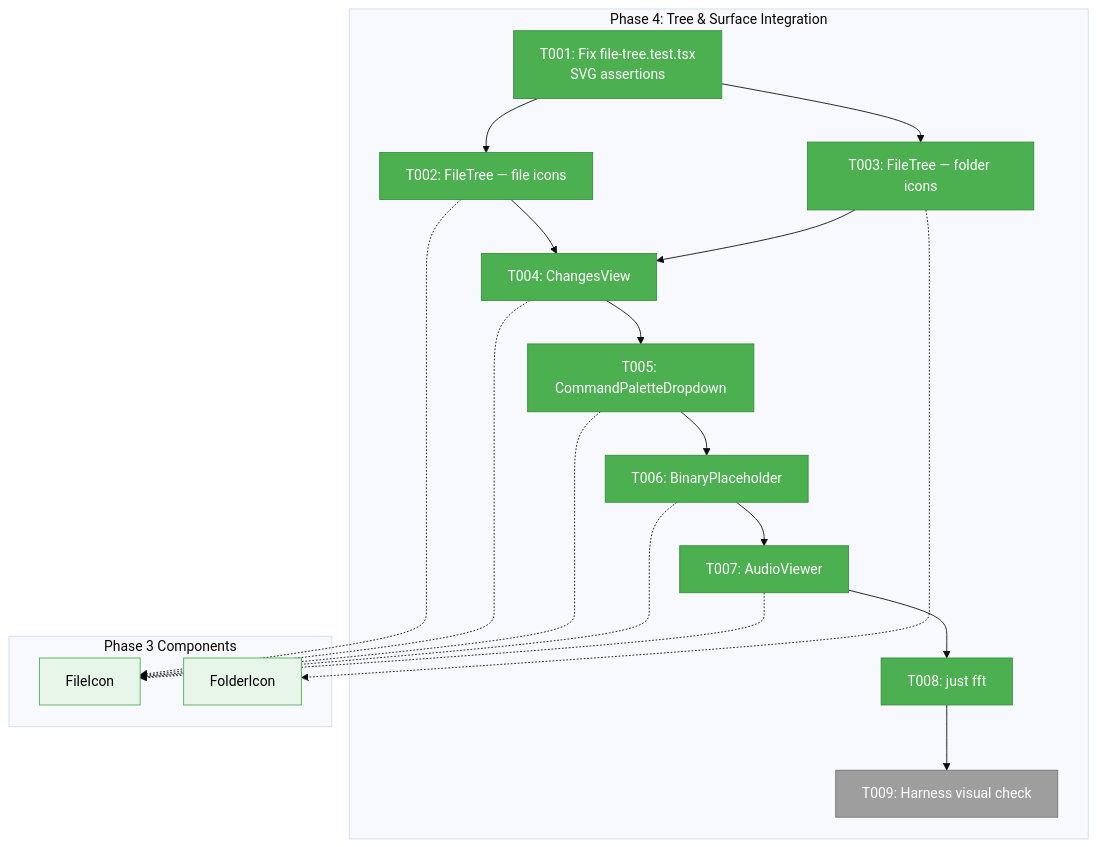
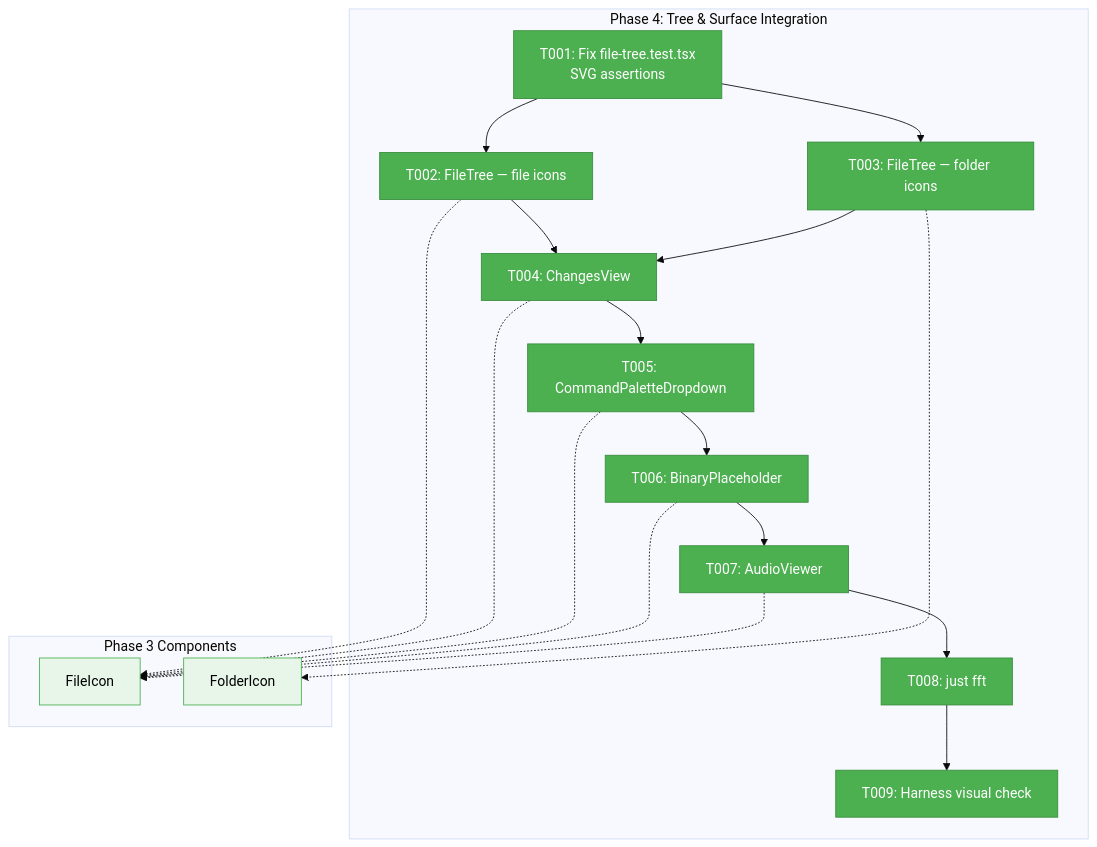
The first of 3 diagrams in docs/plans/073-file-icons/tasks/phase-4-tree-surface-integration/tasks.md (AI-Substrate/chainglass), drawn with Mermaid (base theme) before and after one commit. The commit also changed other lines of this file and 2 other files, not shown here.

Commit message:
Update plan progress: all 5 phases complete, 15/15 ACs met
Mark plan status COMPLETE. Update phase index with status column.
Check all 15 acceptance criteria. Add completion summary with
deliverables, test counts, domain changes, and known limitations.
Close Phase 4 T009 (visual verified in Phase 5 T006).

````diff
--- a/docs/plans/073-file-icons/tasks/phase-4-tree-surface-integration/tasks.md
+++ b/docs/plans/073-file-icons/tasks/phase-4-tree-surface-integration/tasks.md
@@ -59,41 +59,41 @@
 ```mermaid
 flowchart TD
     classDef pending fill:#9E9E9E,stroke:#757575,color:#fff
     classDef existing fill:#E8F5E9,stroke:#4CAF50,color:#000
 
     classDef completed fill:#4CAF50,stroke:#388E3C,color:#fff
 
     subgraph Phase4["Phase 4: Tree & Surface Integration"]
         T001["T001: Fix file-tree.test.tsx<br/>SVG assertions"]:::completed
         T002["T002: FileTree — file icons"]:::completed
         T003["T003: FileTree — folder icons"]:::completed
         T004["T004: ChangesView"]:::completed
         T005["T005: CommandPaletteDropdown"]:::completed
         T006["T006: BinaryPlaceholder"]:::completed
         T007["T007: AudioViewer"]:::completed
         T008["T008: just fft"]:::completed
-        T009["T009: Harness visual check"]:::pending
+        T009["T009: Harness visual check"]:::completed
 
         T001 --> T002
         T001 --> T003
         T002 --> T004
         T003 --> T004
         T004 --> T005
         T005 --> T006
         T006 --> T007
         T007 --> T008
         T008 --> T009
     end
 
     subgraph Phase3["Phase 3 Components"]
         P3A["FileIcon"]:::existing
         P3B["FolderIcon"]:::existing
     end
 
     T002 -.-> P3A
     T003 -.-> P3B
     T004 -.-> P3A
     T005 -.-> P3A
     T006 -.-> P3A
     T007 -.-> P3A
 ```
````
